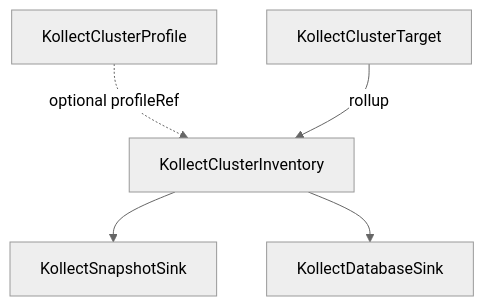
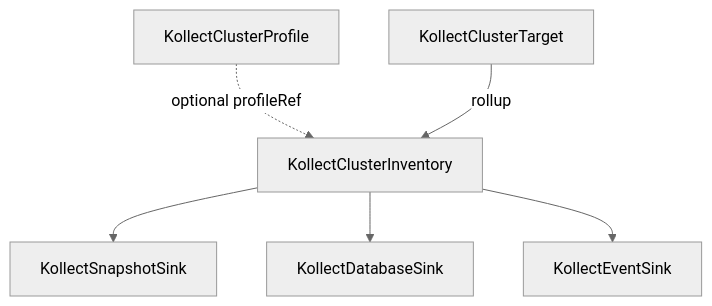
Before and after one commit to PlatformRelay/Kollect: the diagram in docs/crds/kollectclusterinventory.md, drawn with Mermaid (neutral theme). The commit also changed 16 other files, not shown here.

````diff
--- a/docs/crds/kollectclusterinventory.md
+++ b/docs/crds/kollectclusterinventory.md
@@ -22,13 +22,15 @@
 ```mermaid
 flowchart TD
   CProf[KollectClusterProfile]
   CTarget[KollectClusterTarget]
   CInv[KollectClusterInventory]
   Snap[KollectSnapshotSink]
   Db[KollectDatabaseSink]
+  Ev[KollectEventSink]
 
   CProf -.->|optional profileRef| CInv
   CTarget -->|rollup| CInv
   CInv --> Snap
   CInv --> Db
+  CInv --> Ev
 ```
````
